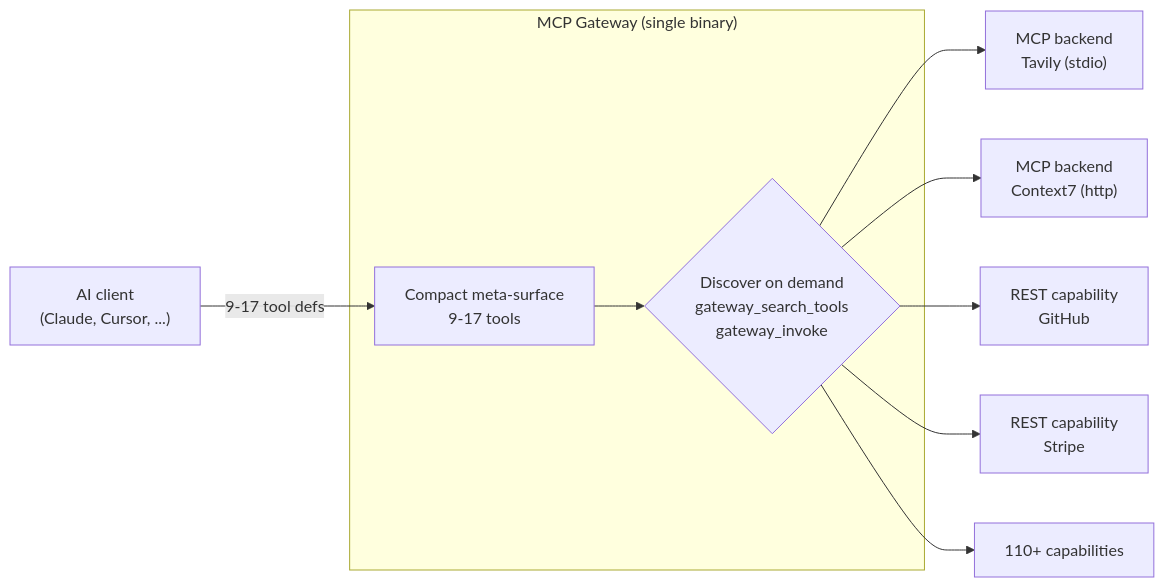
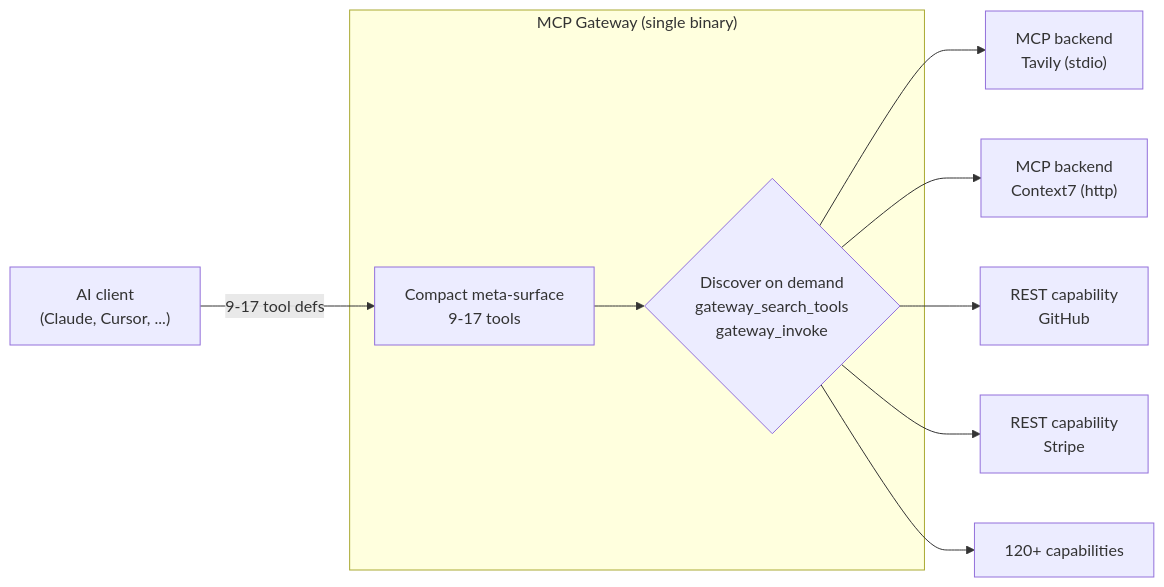
Before and after one commit to MikkoParkkola/mcp-gateway: the first of 2 diagrams in README.md, drawn with Mermaid. The commit also changed other lines of this file and 6 other files, not shown here.

````diff
--- a/README.md
+++ b/README.md
@@ -32,21 +32,21 @@
 ```mermaid
 flowchart LR
     AI["AI client<br/>(Claude, Cursor, ...)"]
     subgraph GW["MCP Gateway (single binary)"]
         META["Compact meta-surface<br/>9-17 tools"]
         DISC{"Discover on demand<br/>gateway_search_tools<br/>gateway_invoke"}
     end
     T1["MCP backend<br/>Tavily (stdio)"]
     T2["MCP backend<br/>Context7 (http)"]
     C1["REST capability<br/>GitHub"]
     C2["REST capability<br/>Stripe"]
-    Cn["110+ capabilities"]
+    Cn["120+ capabilities"]
 
     AI -->|"9-17 tool defs"| META
     META --> DISC
     DISC --> T1
     DISC --> T2
     DISC --> C1
     DISC --> C2
     DISC --> Cn
 ```
````
